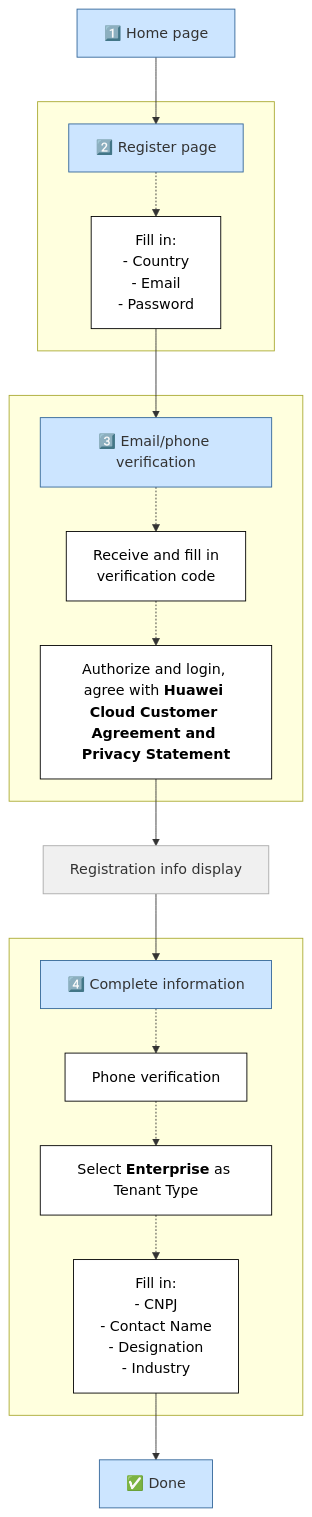
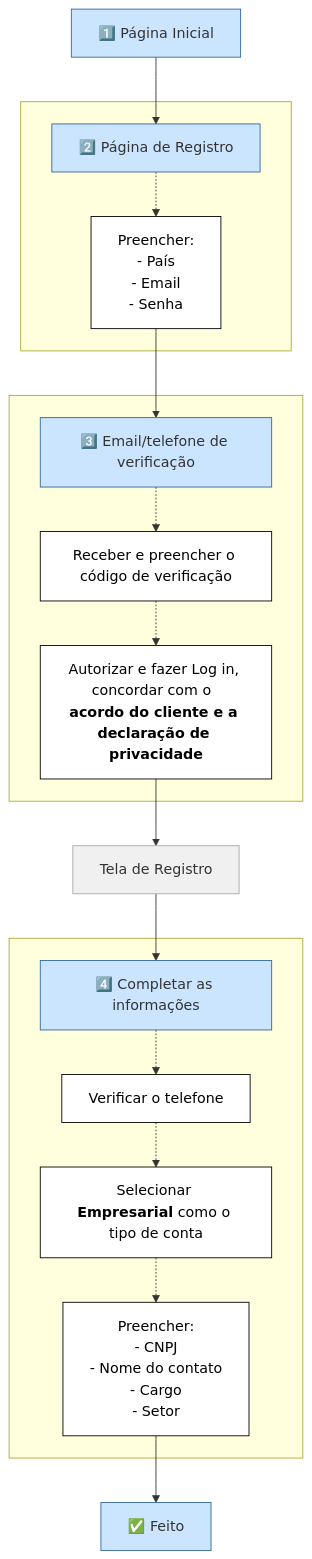
The diagram in docs/user-support/my-account/customer-registration.pt.md (Gabriel-Chacon/huaweicloud-knowledge-base), drawn with Mermaid before and after one commit. The commit also changed other lines of this file and 9 other files, not shown here.

Commit message:
added portuguese part of customer registration

```diff
--- a/docs/user-support/my-account/customer-registration.pt.md
+++ b/docs/user-support/my-account/customer-registration.pt.md
@@ -28,35 +28,35 @@
 <pre class="mermaid">
 flowchart TD
     %% Main Flow
-    A["1️⃣ Home page"] --> B["2️⃣ Register page"]
+    A["1️⃣ Página Inicial"] --> B["2️⃣ Página de Registro"]
 
     subgraph Z[" "]
-        B -.-> B1["Fill in:<br>- Country<br>- Email<br>- Password"]
+        B -.-> B1["Preencher:<br>- País<br>- Email<br>- Senha"]
     end
 
     subgraph ZA[" "]
-        B1 --> C["3️⃣ Email/phone verification"]
-        C -.-> C1["Receive and fill in<br>verification code"]
-        C1 -.-> C2["Authorize and login, agree with <b>Huawei Cloud Customer Agreement and Privacy Statement</b>"]
+        B1 --> C["3️⃣ Email/telefone de verificação"]
+        C -.-> C1["Receber e preencher o código de verificação"]
+        C1 -.-> C2["Autorizar e fazer Log in, concordar com o  <b>acordo do cliente e a declaração de privacidade</b>"]
     end
 
-    C2 --> D["Registration info display"]
-    D --> E["4️⃣ Complete information"]
+    C2 --> D["Tela de Registro"]
+    D --> E["4️⃣ Completar as informações"]
 
     subgraph ZB[" "]
-        E -.-> E1["Phone verification"]
-        E1 -.-> E2["Select <b>Enterprise</b> as Tenant Type"]
-        E2 -.-> E3["Fill in:<br>- CNPJ<br>- Contact Name<br>- Designation<br>- Industry"]
+        E -.-> E1["Verificar o telefone"]
+        E1 -.-> E2["Selecionar <b>Empresarial</b> como o tipo de conta"]
+        E2 -.-> E3["Preencher:<br>- CNPJ<br>- Nome do contato<br>- Cargo<br>- Setor"]
     end
 
-    E3 --> F["✅ Done"]
+    E3 --> F["✅ Feito"]
 
     classDef main fill:#cce5ff,stroke:#336699,stroke-width:1px;
     classDef gray fill:#f0f0f0,stroke:#aaa;
     classDef red fill:#fff,stroke:#000,color:#a00,font-weight:bold;
     classDef white fill:#fff,stroke:#000,color:#000;
 
     class A,B,C,E,F main;
     class D gray;
     class B1,C1,C2,E1,E2,E3 white;
 </pre>
```
